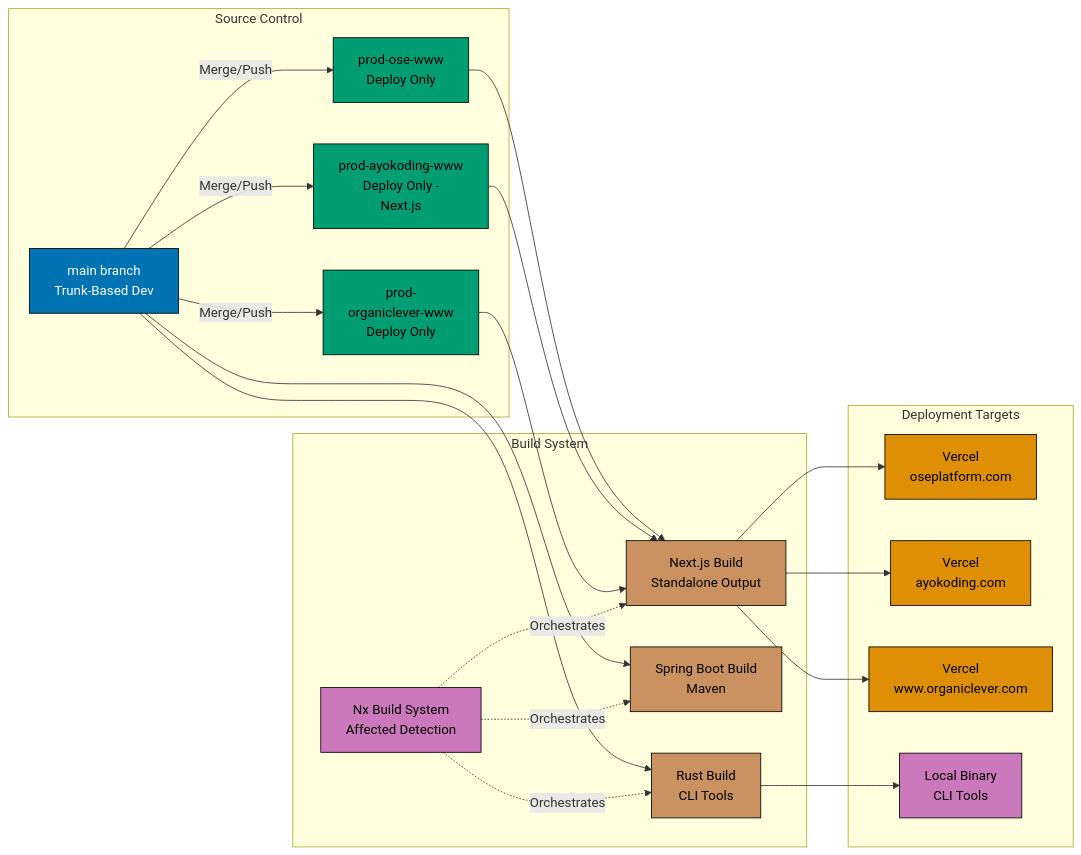
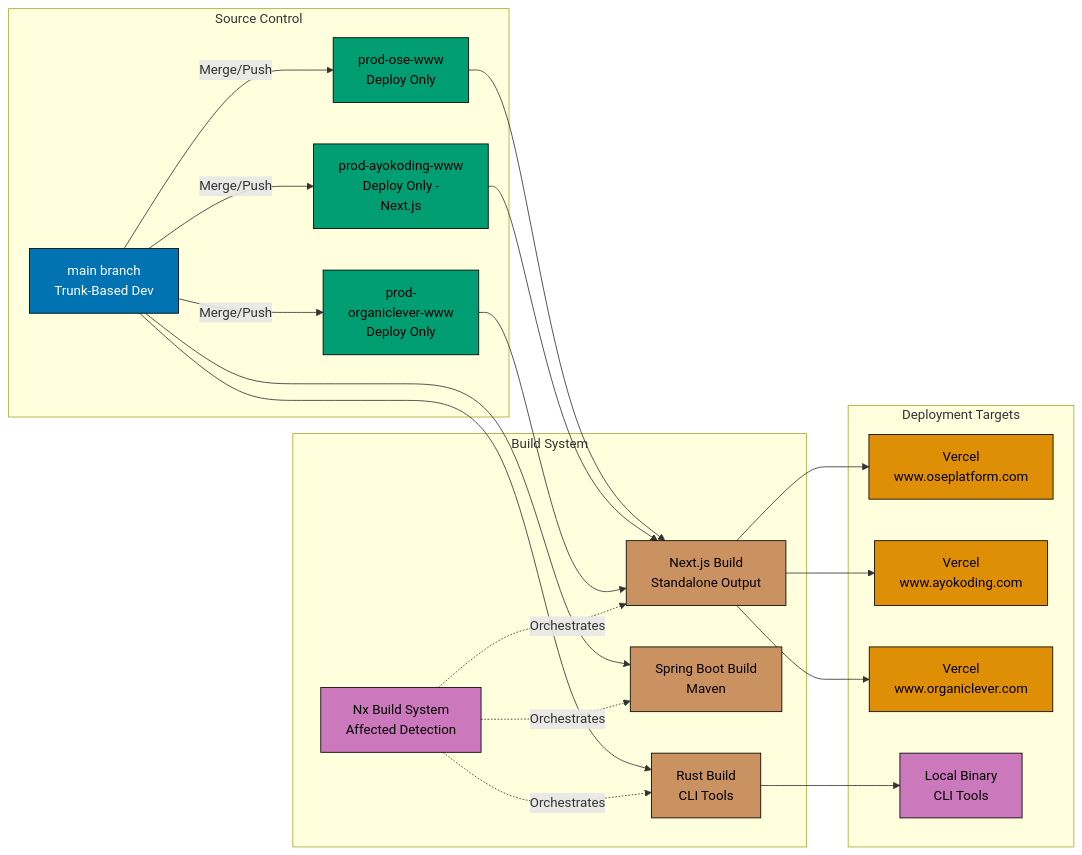
Before and after one commit to wahidyankf/ose-public: the diagram in docs/reference/system-architecture/deployment.md, drawn with Mermaid. The commit also changed 52 other files, not shown here.

````diff
--- a/docs/reference/system-architecture/deployment.md
+++ b/docs/reference/system-architecture/deployment.md
@@ -18,56 +18,56 @@
 ```mermaid
 graph LR
     accTitle: Deployment Diagram
     accDescr: main branch Trunk-Based Dev leads to prod-ose-www Deploy Only via Merge/Push; main branch Trunk-Based Dev leads to prod-ayokoding-www Deploy Only - Next.js via Merge/Push; and 13 more links.
     subgraph "Source Control"
         MAIN[main branch<br/>Trunk-Based Dev]
         PROD_OSE[prod-ose-www<br/>Deploy Only]
         PROD_AYO[prod-ayokoding-www<br/>Deploy Only -<br/>Next.js]
         PROD_OL[prod-<br/>organiclever-www<br/>Deploy Only]
     end
 
     subgraph "Build System"
         NX_BUILD[Nx Build System<br/>Affected Detection]
         NEXT_BUILD[Next.js Build<br/>Standalone Output]
         SPRING_BUILD[Spring Boot Build<br/>Maven]
         RUST_BUILD[Rust Build<br/>CLI Tools]
     end
 
     subgraph "Deployment Targets"
-        VERCEL_OSE[Vercel<br/>oseplatform.com]
-        VERCEL_AYO[Vercel<br/>ayokoding.com]
+        VERCEL_OSE[Vercel<br/>www.oseplatform.com]
+        VERCEL_AYO[Vercel<br/>www.ayokoding.com]
         VERCEL_OL[Vercel<br/>www.organiclever.com]
         LOCAL[Local Binary<br/>CLI Tools]
     end
 
     MAIN -->|Merge/Push| PROD_OSE
     MAIN -->|Merge/Push| PROD_AYO
     MAIN -->|Merge/Push| PROD_OL
 
     PROD_OSE --> NEXT_BUILD
     PROD_AYO --> NEXT_BUILD
     PROD_OL --> NEXT_BUILD
     MAIN --> RUST_BUILD
     MAIN --> SPRING_BUILD
 
     NEXT_BUILD --> VERCEL_OSE
     NEXT_BUILD --> VERCEL_AYO
     NEXT_BUILD --> VERCEL_OL
     RUST_BUILD --> LOCAL
 
     NX_BUILD -.->|Orchestrates| NEXT_BUILD
     NX_BUILD -.->|Orchestrates| SPRING_BUILD
     NX_BUILD -.->|Orchestrates| RUST_BUILD
 
     classDef blue fill:#0173B2,stroke:#000000,color:#FFFFFF
     classDef teal fill:#029E73,stroke:#000000,color:#000000
     classDef purple fill:#CC78BC,stroke:#000000,color:#000000
     classDef brown fill:#CA9161,stroke:#000000,color:#000000
     classDef orange fill:#DE8F05,stroke:#000000,color:#000000
     class MAIN blue
     class PROD_OSE,PROD_AYO,PROD_OL teal
     class NX_BUILD,LOCAL purple
     class NEXT_BUILD,SPRING_BUILD,RUST_BUILD brown
     class VERCEL_OSE,VERCEL_AYO,VERCEL_OL orange
     classDef default fill:#FFFFFF,stroke:#000000,color:#000000
 ```
````
